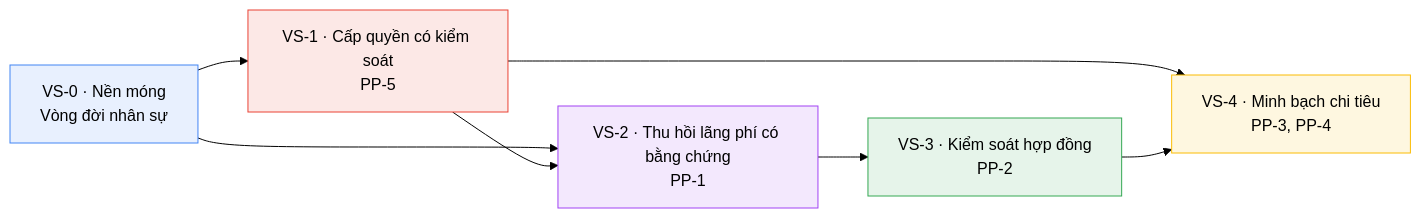
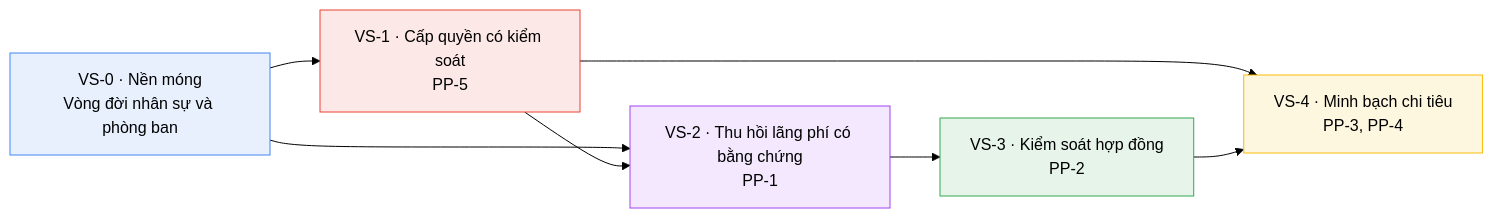
The third of 3 diagrams in Requiments/Định nghĩa phạm vi & nghiệp vụ.md (SEP490-FALL2026/FE-dev), drawn with Mermaid (forest theme) before and after one commit. The commit also changed other lines of this file and 694 other files, not shown here.

````diff
--- a/Requiments/Định nghĩa phạm vi & nghiệp vụ.md
+++ b/Requiments/Định nghĩa phạm vi & nghiệp vụ.md
@@ -401,21 +377,21 @@
 ```mermaid
 flowchart LR
-    VS0["VS-0 · Nền móng<br/>Vòng đời nhân sự"]
+    VS0["VS-0 · Nền móng<br/>Vòng đời nhân sự và phòng ban"]
     VS1["VS-1 · Cấp quyền có kiểm soát<br/>PP-5"]
     VS2["VS-2 · Thu hồi lãng phí có bằng chứng<br/>PP-1"]
     VS3["VS-3 · Kiểm soát hợp đồng<br/>PP-2"]
     VS4["VS-4 · Minh bạch chi tiêu<br/>PP-3, PP-4"]
 
     VS0 --> VS1
     VS0 --> VS2
     VS1 --> VS2
     VS2 --> VS3
     VS1 --> VS4
     VS3 --> VS4
 
     style VS0 fill:#e8f0fe,stroke:#4285f4
     style VS1 fill:#fce8e6,stroke:#ea4335
     style VS2 fill:#f3e8fd,stroke:#a142f4
     style VS3 fill:#e6f4ea,stroke:#34a853
     style VS4 fill:#fef7e0,stroke:#fbbc04
 ```
````
